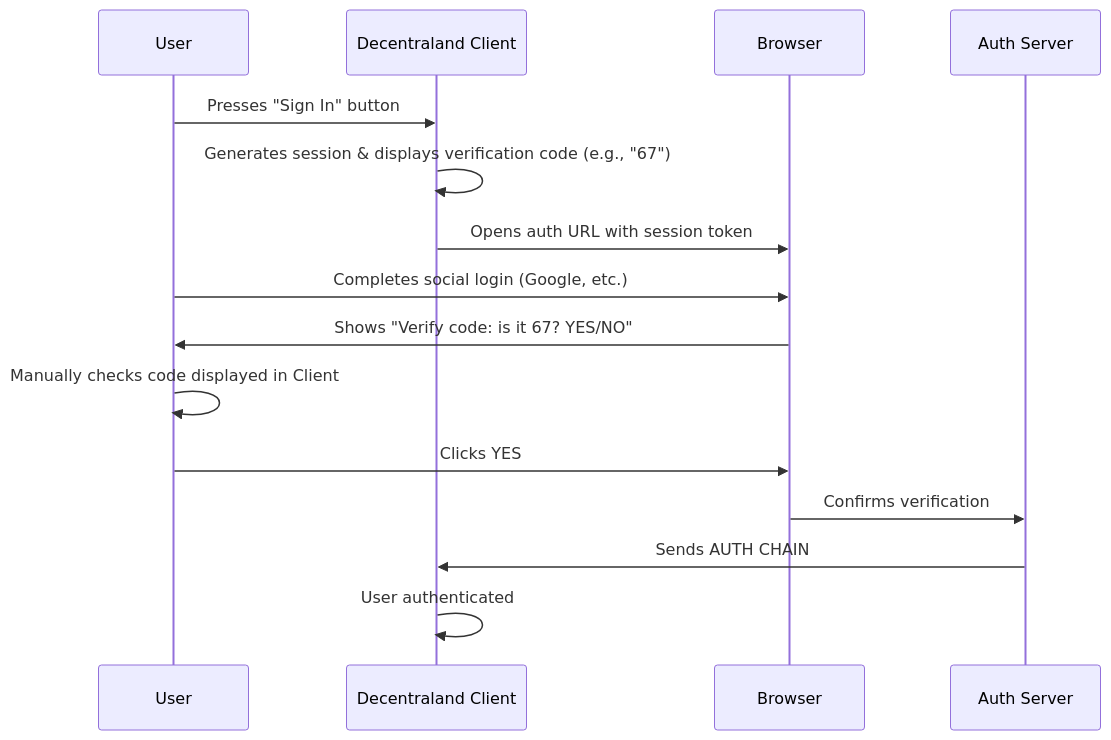
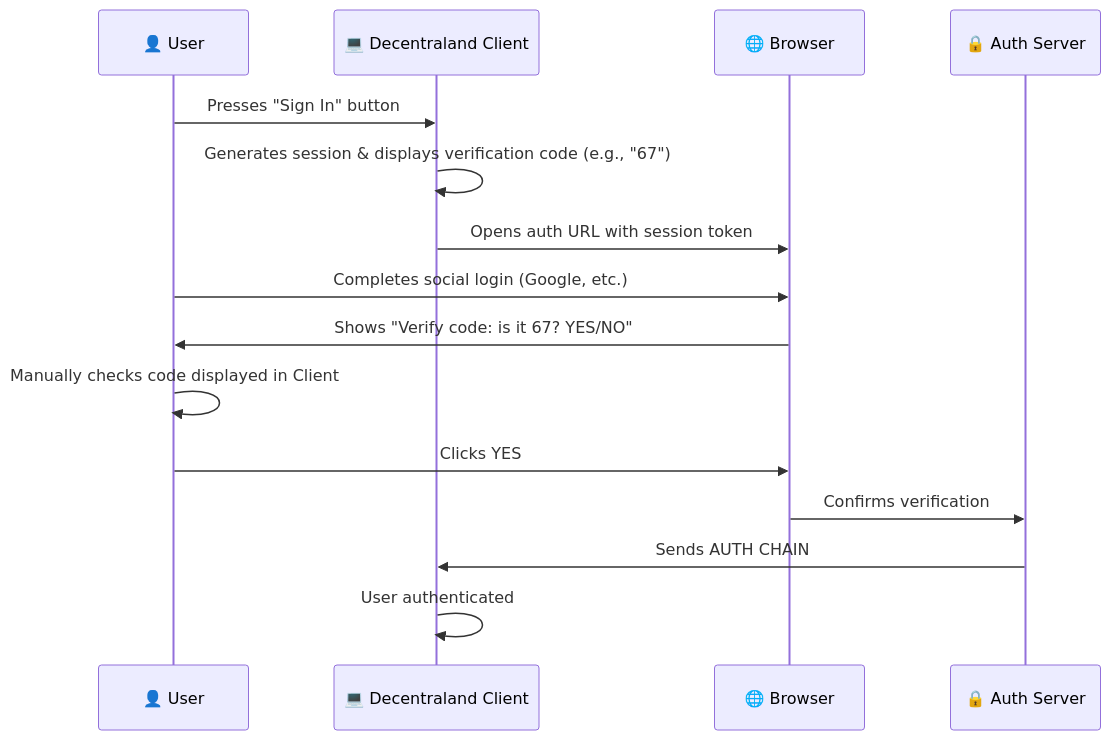
The first of 4 diagrams in content/ADR-288-deep-link-token-authentication.md (decentraland/adr), drawn with Mermaid before and after one commit. The commit also changed other lines of this file, not shown here.

````diff
--- a/content/ADR-288-deep-link-token-authentication.md
+++ b/content/ADR-288-deep-link-token-authentication.md
@@ -34,18 +34,18 @@
 ```mermaid
 sequenceDiagram
-    participant User
-    participant Client as Decentraland Client
-    participant Browser
-    participant Server as Auth Server
+    participant User as 👤 User
+    participant Client as 💻 Decentraland Client
+    participant Browser as 🌐 Browser
+    participant Server as 🔒 Auth Server
 
     User->>Client: Presses "Sign In" button
     Client->>Client: Generates session & displays verification code (e.g., "67")
     Client->>Browser: Opens auth URL with session token
     User->>Browser: Completes social login (Google, etc.)
     Browser->>User: Shows "Verify code: is it 67? YES/NO"
     User->>User: Manually checks code displayed in Client
     User->>Browser: Clicks YES
     Browser->>Server: Confirms verification
     Server->>Client: Sends AUTH CHAIN
     Client->>Client: User authenticated
 ```
````
